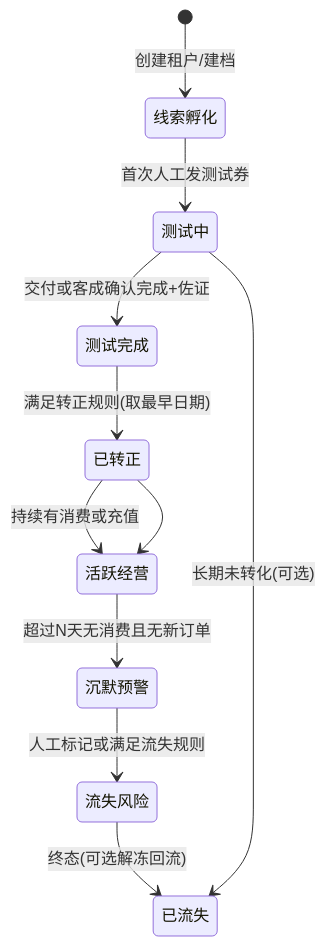
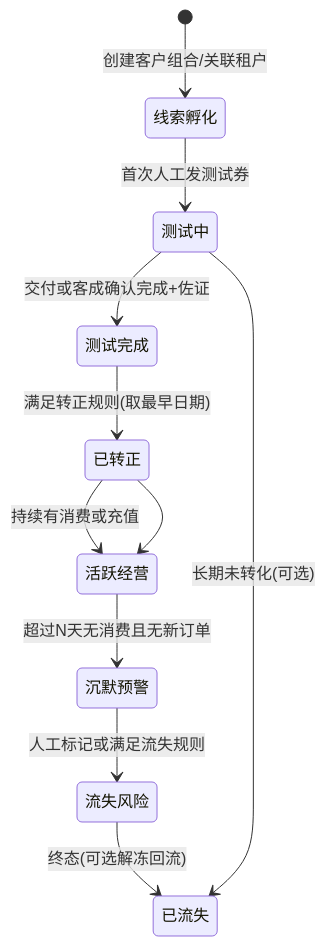
One commit to metacode0602/opencomfy-hub changed the first of 2 diagrams in apps/docs/content/design/b2b-tenant-lifecycle-account-management.md. Above: the diagram before and after it, drawn with Mermaid. The commit also changed other lines of this file and 45 other files, not shown here.

````diff
--- a/apps/docs/content/design/b2b-tenant-lifecycle-account-management.md
+++ b/apps/docs/content/design/b2b-tenant-lifecycle-account-management.md
@@ -58,13 +59,13 @@
 ```mermaid
 stateDiagram-v2
-  [*] --> 线索孵化: 创建租户/建档
+  [*] --> 线索孵化: 创建客户组合/关联租户
   线索孵化 --> 测试中: 首次人工发测试券
   测试中 --> 测试完成: 交付或客成确认完成+佐证
   测试完成 --> 已转正: 满足转正规则(取最早日期)
   已转正 --> 活跃经营: 持续有消费或充值
   活跃经营 --> 沉默预警: 超过N天无消费且无新订单
   沉默预警 --> 流失风险: 人工标记或满足流失规则
   流失风险 --> 已流失: 终态(可选解冻回流)
   已转正 --> 活跃经营
   测试中 --> 已流失: 长期未转化(可选)
 ```
````
